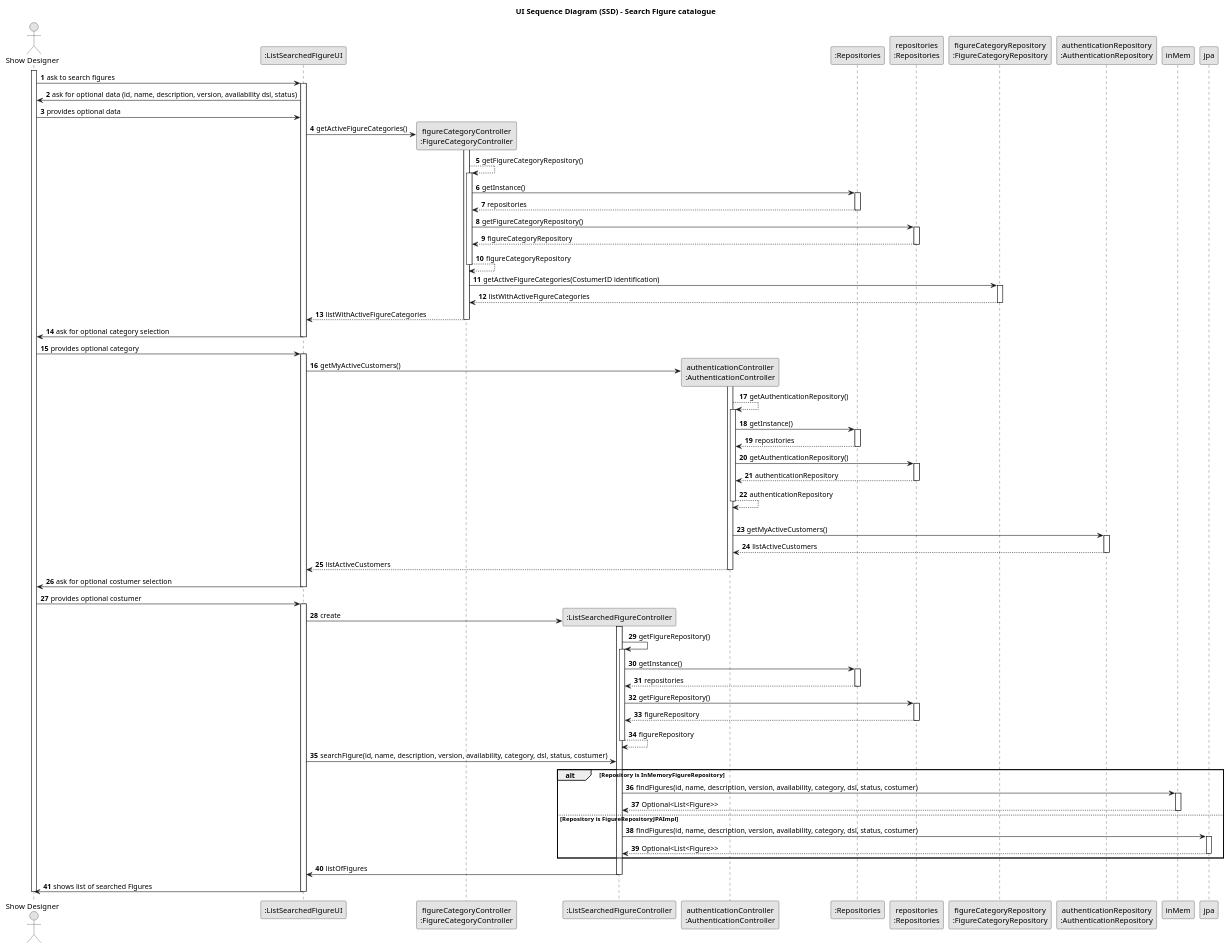
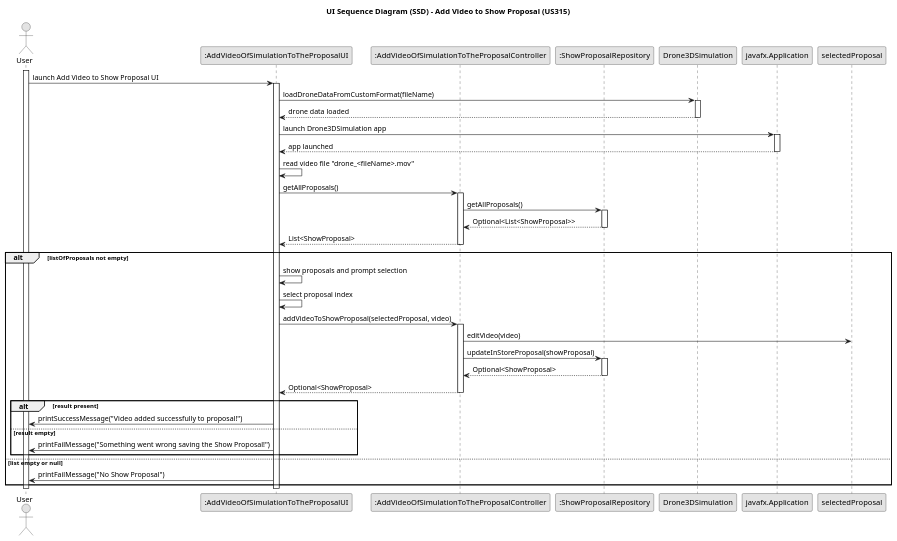
One commit to SAEmanuel/Shodrone_ISEP changed the diagram in docs/planning/sprint3/EAPLI/US315 - Add video of simulation to the proposal/03.design/puml/us232-sequence-diagram-full.puml. Above: the diagram before and after it, drawn with PlantUML. The commit also changed 2 other files, not shown here.

Commit message:
EAPLI [US315] - Design for Add Video of Simulation to the Proposal Related to: #141 #144 #156

```diff
--- a/docs/planning/sprint3/EAPLI/US315 - Add video of simulation to the proposal/03.design/puml/us232-sequence-diagram-full.puml
+++ b/docs/planning/sprint3/EAPLI/US315 - Add video of simulation to the proposal/03.design/puml/us232-sequence-diagram-full.puml
@@ -1,155 +1,72 @@
 @startuml
 skinparam monochrome true
 skinparam packageStyle rectangle
 skinparam shadowing false
 
-title UI Sequence Diagram (SSD) - Search Figure catalogue
+title UI Sequence Diagram (SSD) - Add Video to Show Proposal (US315)
 
-autonumber
+actor "User" as user
+participant ":AddVideoOfSimulationToTheProposalUI" as UI
+participant ":AddVideoOfSimulationToTheProposalController" as Controller
+participant ":ShowProposalRepository" as Repository
 
-actor "Show Designer" as showDesigner
-participant ":ListSearchedFigureUI" as UI
-participant ":ListSearchedFigureController" as CTRL
-participant ":Repositories" as RepositorySingleton
-participant "repositories\n:Repositories" as PLAT
+activate user
 
-participant "figureCategoryController\n:FigureCategoryController" as figureCategoryControler
-participant ":AddFigureController" as CTRL
-participant "authenticationController\n:AuthenticationController" as authcot
-participant ":Repositories" as RepositorySingleton
-participant "repositories\n:Repositories" as PLAT
-participant "figureCategoryRepository\n:FigureCategoryRepository" as figureCategoryRepository
-participant "authenticationRepository\n:AuthenticationRepository" as authenticationRepository
-
-activate showDesigner
-
-    showDesigner -> UI : ask to search figures
-    activate UI
-
-    UI -> showDesigner : ask for optional data (id, name, description, version, availability dsl, status)
-    showDesigner -> UI : provides optional data
-    UI -> figureCategoryControler** : getActiveFigureCategories()
-
-
-                    activate figureCategoryControler
-
-                    figureCategoryControler --> figureCategoryControler : getFigureCategoryRepository()
-
-                    activate figureCategoryControler
-
-                        figureCategoryControler -> RepositorySingleton : getInstance()
-                        activate RepositorySingleton
-
-                            RepositorySingleton --> figureCategoryControler : repositories
-                        deactivate RepositorySingleton
-
-                        figureCategoryControler -> PLAT : getFigureCategoryRepository()
-
-                        activate PLAT
-
-                            PLAT --> figureCategoryControler : figureCategoryRepository
-                        deactivate PLAT
-
-                            figureCategoryControler --> figureCategoryControler: figureCategoryRepository
-                    deactivate figureCategoryControler
-
-                        figureCategoryControler -> figureCategoryRepository : getActiveFigureCategories(CostumerID identification)
-
-
-                        activate figureCategoryRepository
-
-                        figureCategoryRepository --> figureCategoryControler : listWithActiveFigureCategories
-
-            deactivate figureCategoryRepository
-            figureCategoryControler --> UI : listWithActiveFigureCategories
-            deactivate figureCategoryControler
-    UI -> showDesigner : ask for optional category selection
-      deactivate UI
-
-showDesigner -> UI : provides optional category
+user -> UI : launch Add Video to Show Proposal UI
 activate UI
 
-UI -> authcot ** : getMyActiveCustomers()
-deactivate CTRL
-        activate authcot
-            authcot --> authcot : getAuthenticationRepository()
-            activate authcot
+UI -> Drone3DSimulation : loadDroneDataFromCustomFormat(fileName)
+activate Drone3DSimulation
+Drone3DSimulation --> UI : drone data loaded
+deactivate Drone3DSimulation
 
-                authcot -> RepositorySingleton : getInstance()
-                activate RepositorySingleton
+UI -> javafx.Application : launch Drone3DSimulation app
+activate javafx.Application
+javafx.Application --> UI : app launched
+deactivate javafx.Application
 
-                RepositorySingleton --> authcot : repositories
-                deactivate RepositorySingleton
+UI -> UI : read video file "drone_<fileName>.mov"
+UI -> Controller : getAllProposals()
+activate Controller
 
-                authcot -> PLAT : getAuthenticationRepository()
-                activate PLAT
+Controller -> Repository : getAllProposals()
+activate Repository
 
-                    PLAT --> authcot  : authenticationRepository
-                deactivate PLAT
-                    authcot --> authcot : authenticationRepository
-                    |||
-            deactivate authcot
+Repository --> Controller : Optional<List<ShowProposal>>
+deactivate Repository
 
-            authcot -> authenticationRepository  : getMyActiveCustomers()
-            activate authenticationRepository
+Controller --> UI : List<ShowProposal>
+deactivate Controller
 
-                authenticationRepository --> authcot : listActiveCustomers
-            deactivate authenticationRepository
+alt listOfProposals not empty
 
-            authcot --> UI : listActiveCustomers
+    UI -> UI : show proposals and prompt selection
+    UI -> UI : select proposal index
 
-        deactivate authcot
-    UI -> showDesigner : ask for optional costumer selection
+    UI -> Controller : addVideoToShowProposal(selectedProposal, video)
+    activate Controller
 
-  deactivate UI
+    Controller -> selectedProposal : editVideo(video)
+    Controller -> Repository : updateInStoreProposal(showProposal)
+    activate Repository
 
-  showDesigner -> UI : provides optional costumer
-activate UI
+    Repository --> Controller : Optional<ShowProposal>
+    deactivate Repository
 
-    UI -> CTRL** : create
-    activate CTRL
+    Controller --> UI : Optional<ShowProposal>
+    deactivate Controller
 
-        CTRL -> CTRL : getFigureRepository()
-        activate CTRL
+    alt result present
+        UI -> user : printSuccessMessage("Video added successfully to proposal!")
+    else result empty
+        UI -> user : printFailMessage("Something went wrong saving the Show Proposal!")
+    end
 
-            CTRL -> RepositorySingleton : getInstance()
-            activate RepositorySingleton
-
-                RepositorySingleton --> CTRL: repositories
-            deactivate RepositorySingleton
-
-            CTRL -> PLAT : getFigureRepository()
-            activate PLAT
-
-                PLAT --> CTRL: figureRepository
-            deactivate PLAT
-            CTRL --> CTRL : figureRepository
-
-        deactivate CTRL
-
-        UI -> CTRL: searchFigure(id, name, description, version, availability, category, dsl, status, costumer)
-
-alt Repository is InMemoryFigureRepository
-    CTRL -> inMem: findFigures(id, name, description, version, availability, category, dsl, status, costumer)
-    activate inMem
-
-    inMem --> CTRL: Optional<List<Figure>>
-    deactivate inMem
-
-else Repository is FigureRepositoryJPAImpl
-    CTRL -> jpa: findFigures(id, name, description, version, availability, category, dsl, status, costumer)
-    activate jpa
-
-    jpa --> CTRL: Optional<List<Figure>>
-    deactivate jpa
+else list empty or null
+    UI -> user : printFailMessage("No Show Proposal")
 end
-                CTRL -> UI: listOfFigures
-
-            deactivate CTRL
-
-            UI -> showDesigner : shows list of searched Figures
 
 deactivate UI
-deactivate showDesigner
+deactivate user
 
 @enduml
```
